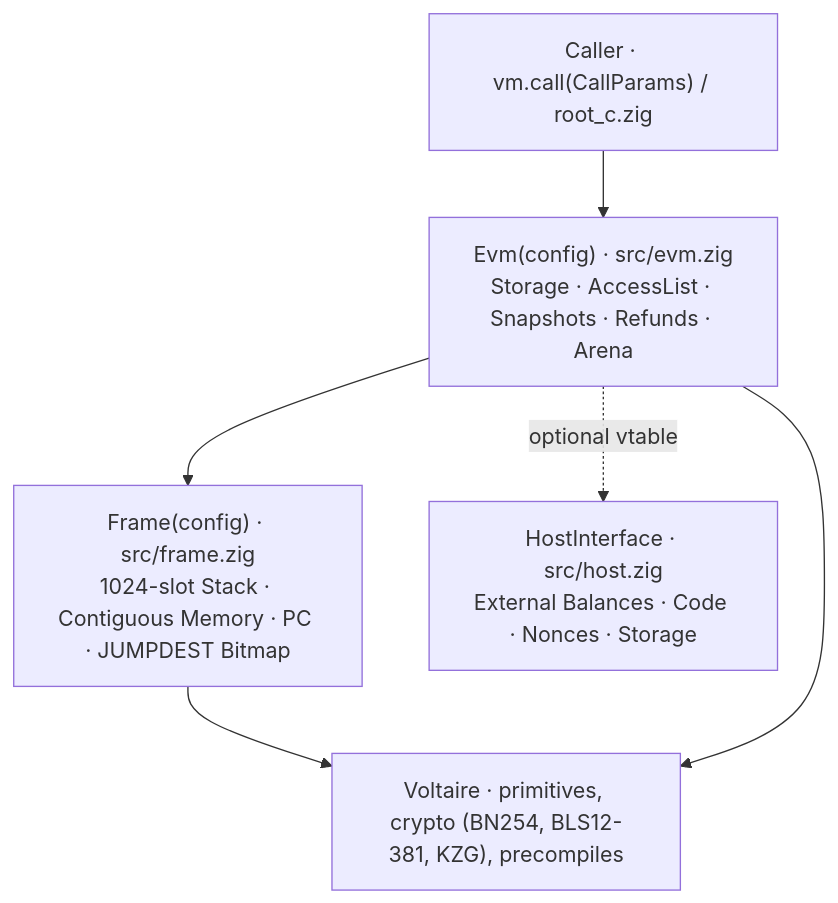
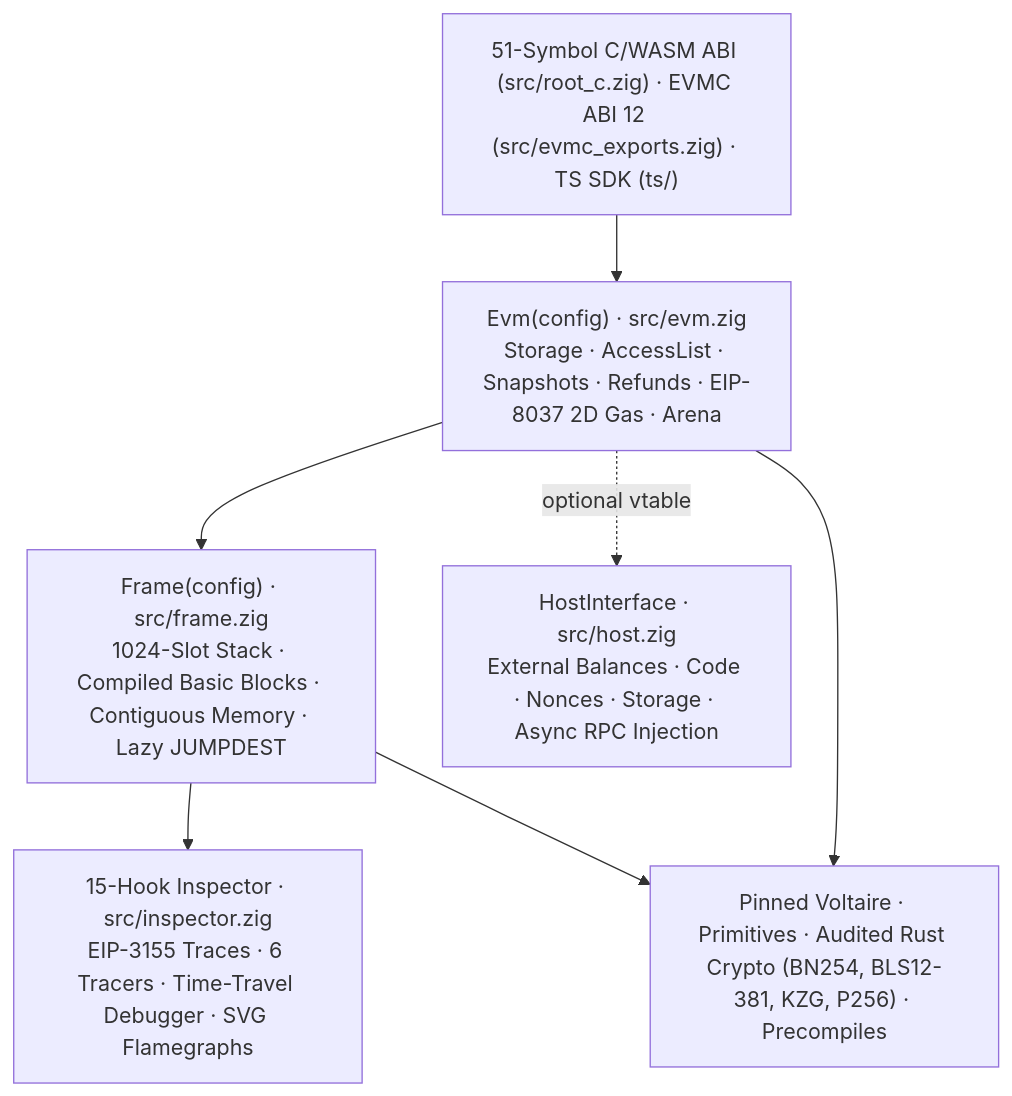
The diagram in README.md (evmts/guillotine-mini), drawn with Mermaid before and after one commit. The commit also changed other lines of this file and 16 other files, not shown here.

````diff
--- a/README.md
+++ b/README.md
@@ -194,8 +182,9 @@
 ```mermaid
 flowchart TB
-  C["Caller · vm.call(CallParams) / root_c.zig"] --> E["Evm(config) · src/evm.zig\nStorage · AccessList · Snapshots · Refunds · Arena"]
-  E --> F["Frame(config) · src/frame.zig\n1024-slot Stack · Contiguous Memory · PC · JUMPDEST Bitmap"]
-  E -. "optional vtable" .-> H["HostInterface · src/host.zig\nExternal Balances · Code · Nonces · Storage"]
-  F --> V["Voltaire · primitives, crypto (BN254, BLS12-381, KZG), precompiles"]
+  C["51-Symbol C/WASM ABI (src/root_c.zig) · EVMC ABI 12 (src/evmc_exports.zig) · TS SDK (ts/)"] --> E["Evm(config) · src/evm.zig\nStorage · AccessList · Snapshots · Refunds · EIP-8037 2D Gas · Arena"]
+  E --> F["Frame(config) · src/frame.zig\n1024-Slot Stack · Compiled Basic Blocks · Contiguous Memory · Lazy JUMPDEST"]
+  E -. "optional vtable" .-> H["HostInterface · src/host.zig\nExternal Balances · Code · Nonces · Storage · Async RPC Injection"]
+  F --> INS["15-Hook Inspector · src/inspector.zig\nEIP-3155 Traces · 6 Tracers · Time-Travel Debugger · SVG Flamegraphs"]
+  F --> V["Pinned Voltaire · Primitives · Audited Rust Crypto (BN254, BLS12-381, KZG, P256) · Precompiles"]
   E --> V
 ```
````
